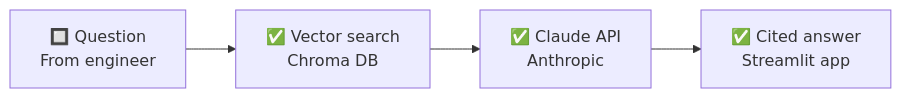
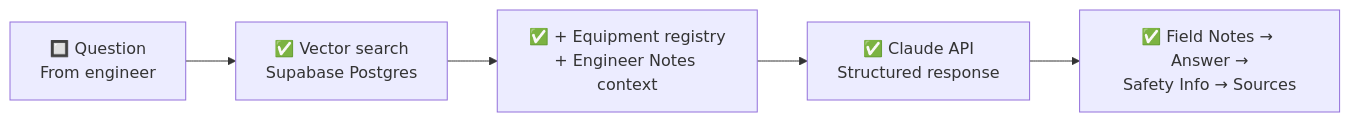
Before and after one commit to DaveBarberSHV/vessel-maintenance-platform: the second of 3 diagrams in docs/architecture.md, drawn with Mermaid. The commit also changed other lines of this file and 1 other file, not shown here.

Commit message:
Comprehensive review: fix stale Chroma references, restore two edits that never landed, document today's full redesign, close out the key-format gotcha, add pre-demo checklist

````diff
--- a/docs/architecture.md
+++ b/docs/architecture.md
@@ -78,6 +94,7 @@
 ```mermaid
 flowchart LR
-    A["🔲 Question<br/>From engineer"] --> B["✅ Vector search<br/>Chroma DB"]
-    B --> C["✅ Claude API<br/>Anthropic"]
-    C --> D["✅ Cited answer<br/>Streamlit app"]
+    A["🔲 Question<br/>From engineer"] --> B["✅ Vector search<br/>Supabase Postgres"]
+    B --> C["✅ + Equipment registry<br/>+ Engineer Notes context"]
+    C --> D["✅ Claude API<br/>Structured response"]
+    D --> E["✅ Field Notes → Answer →<br/>Safety Info → Sources"]
 ```
````
